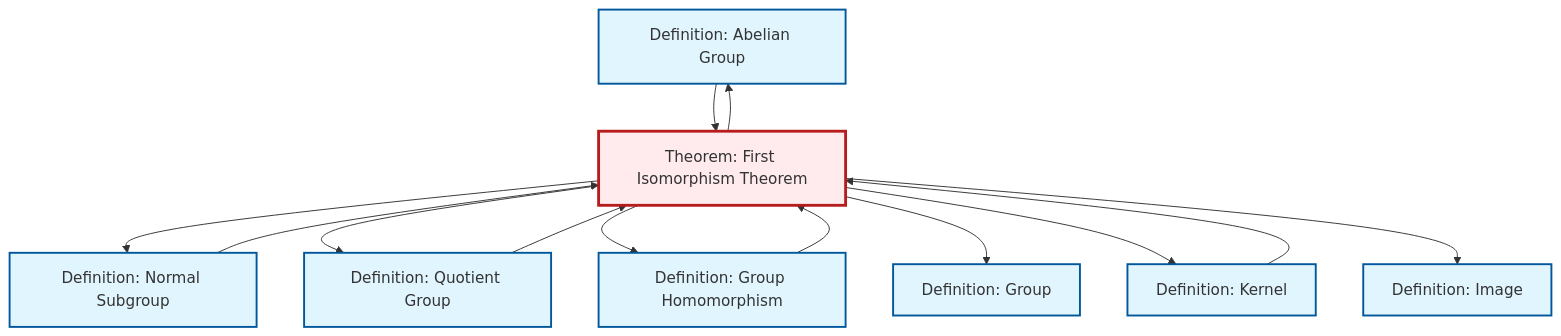
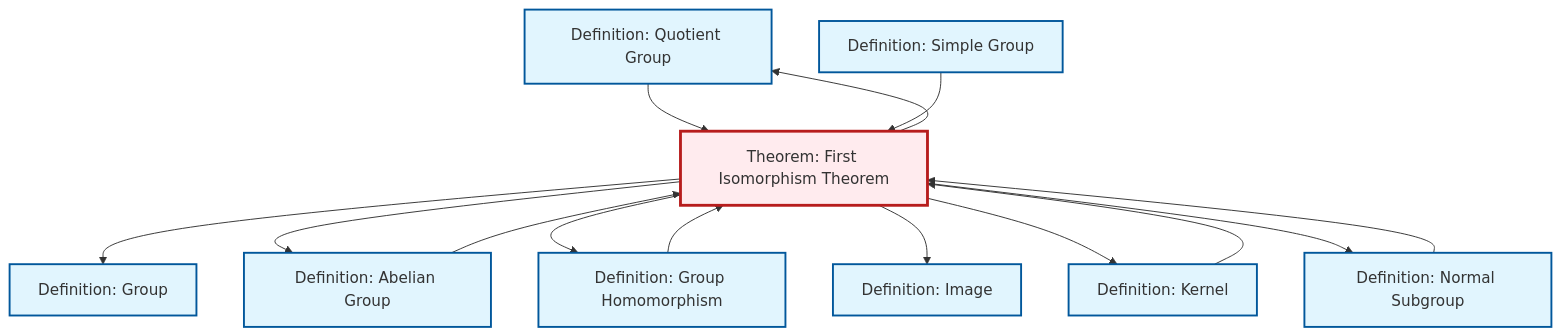
Before and after one commit to RK0429/ModernMath: the diagram in content/ja/algebra/thm-first-isomorphism.qmd, drawn with Mermaid. The commit also changed 554 other files, not shown here.

````diff
--- a/content/ja/algebra/thm-first-isomorphism.qmd
+++ b/content/ja/algebra/thm-first-isomorphism.qmd
@@ -101,37 +101,40 @@
 ```{mermaid}
 %%| fig-cap: "Local dependency graph"
 graph TD
     classDef definition fill:#e1f5fe,stroke:#01579b,stroke-width:2px
     classDef theorem fill:#f3e5f5,stroke:#4a148c,stroke-width:2px
     classDef axiom fill:#fff3e0,stroke:#e65100,stroke-width:2px
     classDef example fill:#e8f5e9,stroke:#1b5e20,stroke-width:2px
     classDef current fill:#ffebee,stroke:#b71c1c,stroke-width:3px
+    def-quotient-group["Definition: Quotient Group"]:::definition
+    def-kernel["Definition: Kernel"]:::definition
+    def-image["Definition: Image"]:::definition
     def-abelian-group["Definition: Abelian Group"]:::definition
-    def-quotient-group["Definition: Quotient Group"]:::definition
-    def-image["Definition: Image"]:::definition
-    thm-first-isomorphism["Theorem: First Isomorphism Theorem"]:::theorem
+    def-simple-group["Definition: Simple Group"]:::definition
     def-group["Definition: Group"]:::definition
     def-normal-subgroup["Definition: Normal Subgroup"]:::definition
-    def-kernel["Definition: Kernel"]:::definition
     def-homomorphism["Definition: Group Homomorphism"]:::definition
-    def-abelian-group --> thm-first-isomorphism
-    def-homomorphism --> thm-first-isomorphism
+    thm-first-isomorphism["Theorem: First Isomorphism Theorem"]:::theorem
+    def-quotient-group --> thm-first-isomorphism
+    thm-first-isomorphism --> def-group
     def-normal-subgroup --> thm-first-isomorphism
     thm-first-isomorphism --> def-abelian-group
+    def-abelian-group --> thm-first-isomorphism
+    thm-first-isomorphism --> def-homomorphism
+    thm-first-isomorphism --> def-image
+    def-simple-group --> thm-first-isomorphism
+    def-kernel --> thm-first-isomorphism
+    thm-first-isomorphism --> def-kernel
     thm-first-isomorphism --> def-normal-subgroup
-    def-kernel --> thm-first-isomorphism
     thm-first-isomorphism --> def-quotient-group
-    thm-first-isomorphism --> def-homomorphism
-    thm-first-isomorphism --> def-group
-    thm-first-isomorphism --> def-kernel
-    def-quotient-group --> thm-first-isomorphism
-    thm-first-isomorphism --> def-image
+    def-homomorphism --> thm-first-isomorphism
     class thm-first-isomorphism current
+    click def-quotient-group "def-quotient-group.html" "Definition: Quotient Groupへ"
+    click def-kernel "def-kernel.html" "Definition: Kernelへ"
+    click def-image "def-image.html" "Definition: Imageへ"
     click def-abelian-group "def-abelian-group.html" "Definition: Abelian Groupへ"
-    click def-quotient-group "def-quotient-group.html" "Definition: Quotient Groupへ"
-    click def-image "def-image.html" "Definition: Imageへ"
+    click def-simple-group "def-simple-group.html" "Definition: Simple Groupへ"
     click def-group "def-group.html" "Definition: Groupへ"
     click def-normal-subgroup "def-normal-subgroup.html" "Definition: Normal Subgroupへ"
-    click def-kernel "def-kernel.html" "Definition: Kernelへ"
     click def-homomorphism "def-homomorphism.html" "Definition: Group Homomorphismへ"
 ```
````
